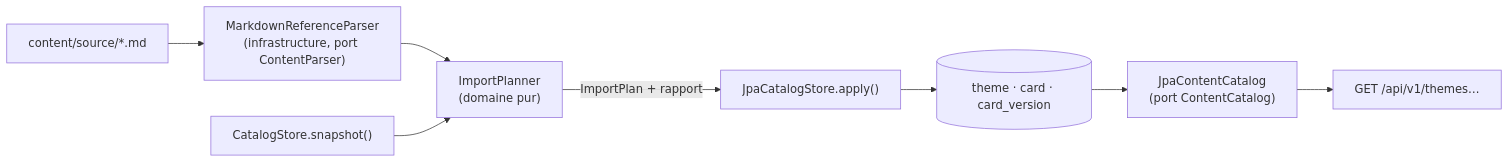
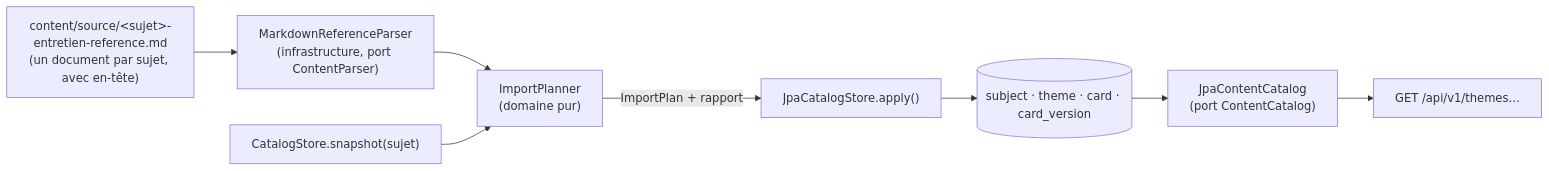
Before and after one commit to potichacha/recallio: the third of 6 diagrams in docs/architecture.md, drawn with Mermaid. The commit also changed other lines of this file and 51 other files, not shown here.

Commit message:
feat(content): multi-subject catalogue with per-subject import, Go imported alongside Java (#26)

````diff
--- a/docs/architecture.md
+++ b/docs/architecture.md
@@ -74,10 +74,10 @@
 ```mermaid
 flowchart LR
-    md["content/source/*.md"] --> parser["MarkdownReferenceParser<br/>(infrastructure, port ContentParser)"]
+    md["content/source/&lt;sujet&gt;-entretien-reference.md<br/>(un document par sujet, avec en-tête)"] --> parser["MarkdownReferenceParser<br/>(infrastructure, port ContentParser)"]
     parser --> planner["ImportPlanner<br/>(domaine pur)"]
-    snapshot["CatalogStore.snapshot()"] --> planner
+    snapshot["CatalogStore.snapshot(sujet)"] --> planner
     planner -- "ImportPlan + rapport" --> store["JpaCatalogStore.apply()"]
-    store --> db[("theme · card · card_version")]
+    store --> db[("subject · theme · card · card_version")]
     db --> catalog["JpaContentCatalog<br/>(port ContentCatalog)"]
     catalog --> api["GET /api/v1/themes…"]
 ```
````
